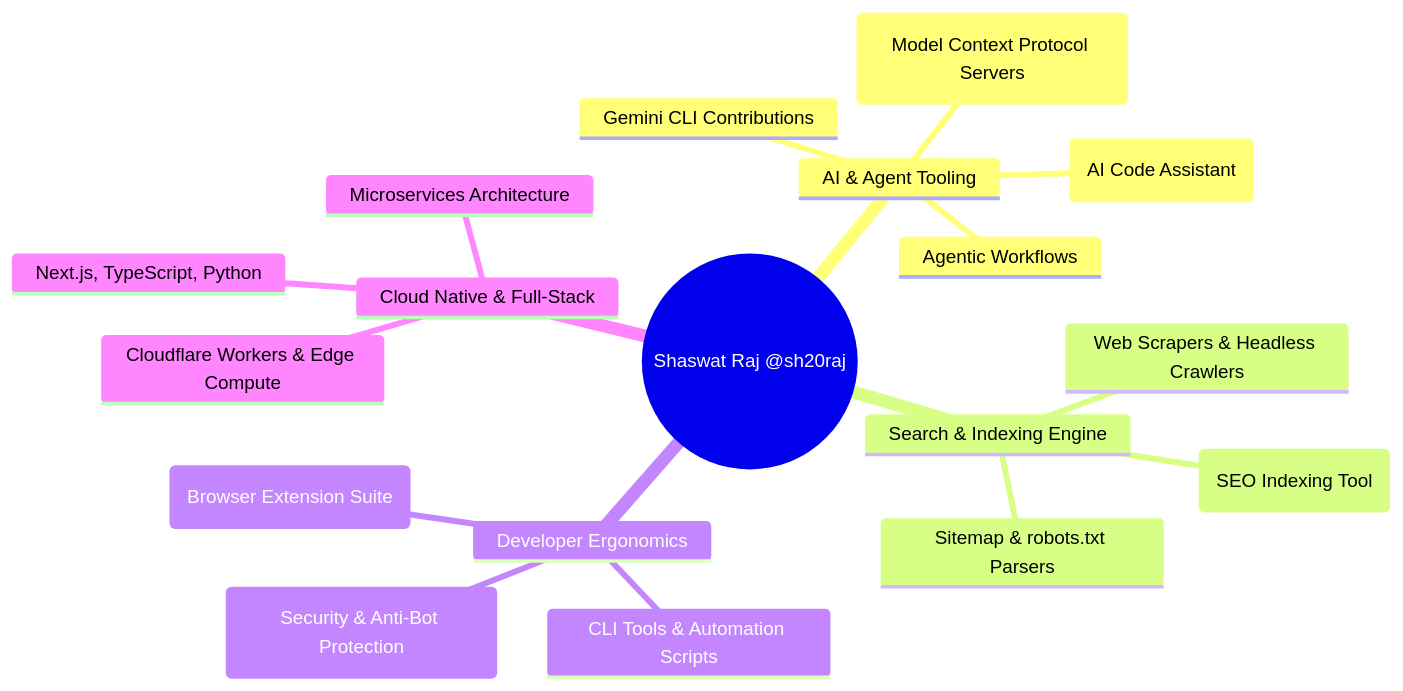
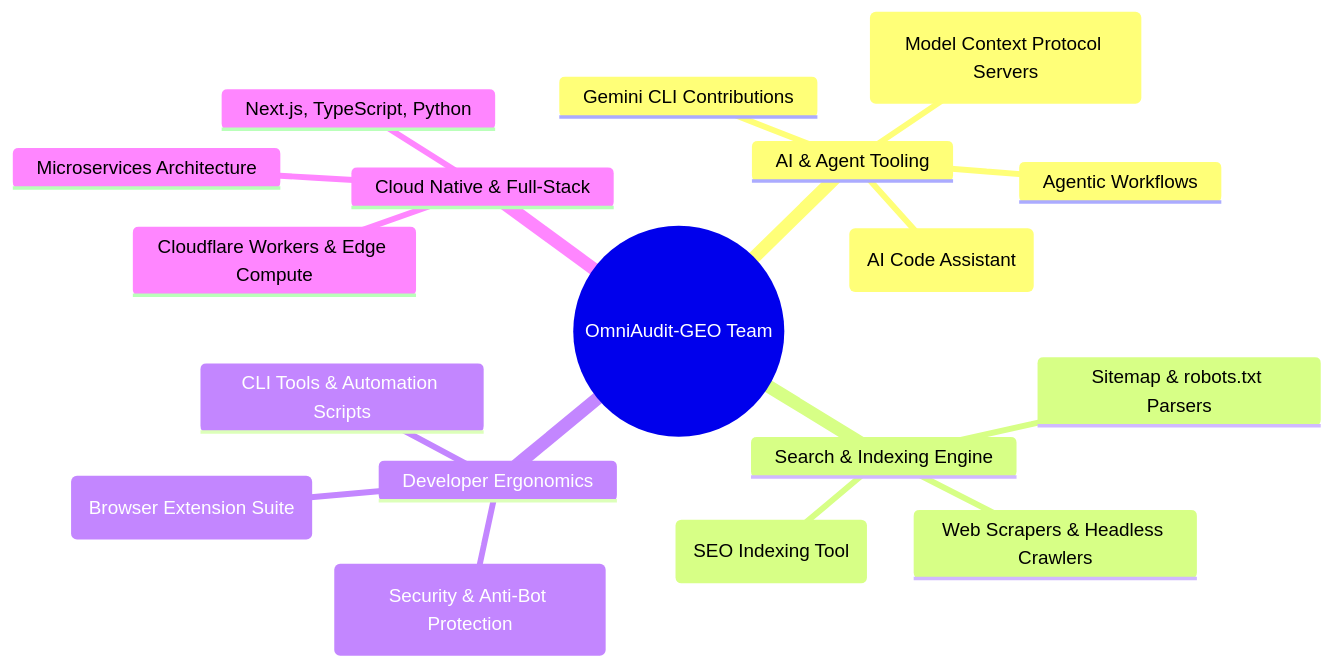
Before and after one commit to SH20RAJ/adobe-hackathon-2026: the diagram in docs/03_SHASWAT_RAJ_PROFILE_AND_TEAM_STRENGTHS.md, drawn with Mermaid. The commit also changed other lines of this file and 19 other files, not shown here.

````diff
--- a/docs/03_SHASWAT_RAJ_PROFILE_AND_TEAM_STRENGTHS.md
+++ b/docs/03_SHASWAT_RAJ_PROFILE_AND_TEAM_STRENGTHS.md
@@ -19,21 +27,21 @@
 ```mermaid
 mindmap
-  root((Shaswat Raj @sh20raj))
+  root((OmniAudit-GEO Team))
     AI & Agent Tooling
       MCPPure (Model Context Protocol Servers)
       CodeSeek (AI Code Assistant)
       Gemini CLI Contributions
       Agentic Workflows
     Search & Indexing Engine
       IndexFast (SEO Indexing Tool)
       Web Scrapers & Headless Crawlers
       Sitemap & robots.txt Parsers
     Developer Ergonomics
       SopKit (Browser Extension Suite)
       FormGuard (Security & Anti-Bot Protection)
       CLI Tools & Automation Scripts
     Cloud Native & Full-Stack
       Next.js, TypeScript, Python
       Cloudflare Workers & Edge Compute
       Microservices Architecture
 ```
````
